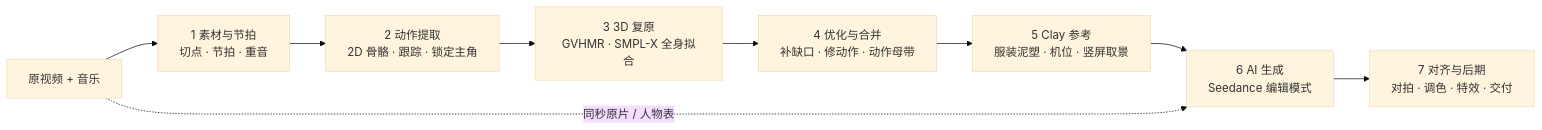
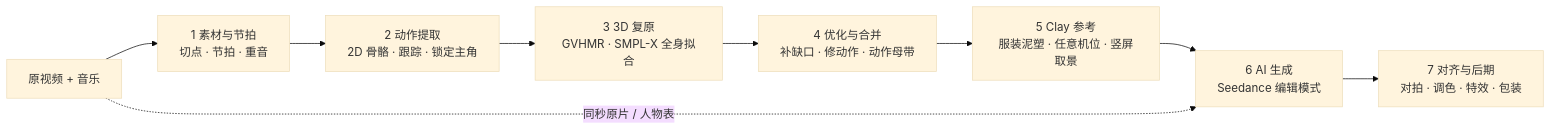
One commit to bitqs/one-video-any-angle changed the diagram in README.md. Above: the diagram before and after it, drawn with Mermaid (base theme). The commit also changed other lines of this file and 3 other files, not shown here.

````diff
--- a/README.md
+++ b/README.md
@@ -37,11 +69,11 @@
 ```mermaid
 flowchart LR
   A[原视频 + 音乐] --> B[1 素材与节拍<br/>切点 · 节拍 · 重音]
   B --> C[2 动作提取<br/>2D 骨骼 · 跟踪 · 锁定主角]
   C --> D[3 3D 复原<br/>GVHMR · SMPL-X 全身拟合]
   D --> E[4 优化与合并<br/>补缺口 · 修动作 · 动作母带]
-  E --> F[5 Clay 参考<br/>服装泥塑 · 机位 · 竖屏取景]
+  E --> F[5 Clay 参考<br/>服装泥塑 · 任意机位 · 竖屏取景]
   F --> G[6 AI 生成<br/>Seedance 编辑模式]
   A -. 同秒原片 / 人物表 .-> G
-  G --> H[7 对齐与后期<br/>对拍 · 调色 · 特效 · 交付]
+  G --> H[7 对齐与后期<br/>对拍 · 调色 · 特效 · 包装]
 ```
````
